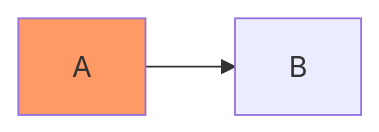
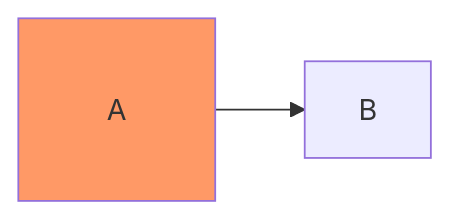
Before and after one commit to AvinashPudale/pinee: the second of 2 diagrams in index.md, drawn with Mermaid.

```diff
--- a/index.md
+++ b/index.md
@@ -25,5 +25,5 @@
  <div class="mermaid"> 
  graph LR
     A:::someclass --> B
-    classDef someclass fill:#f96;
+    classDef someclass fill:#f96,margin:50px;
  </div>
```
